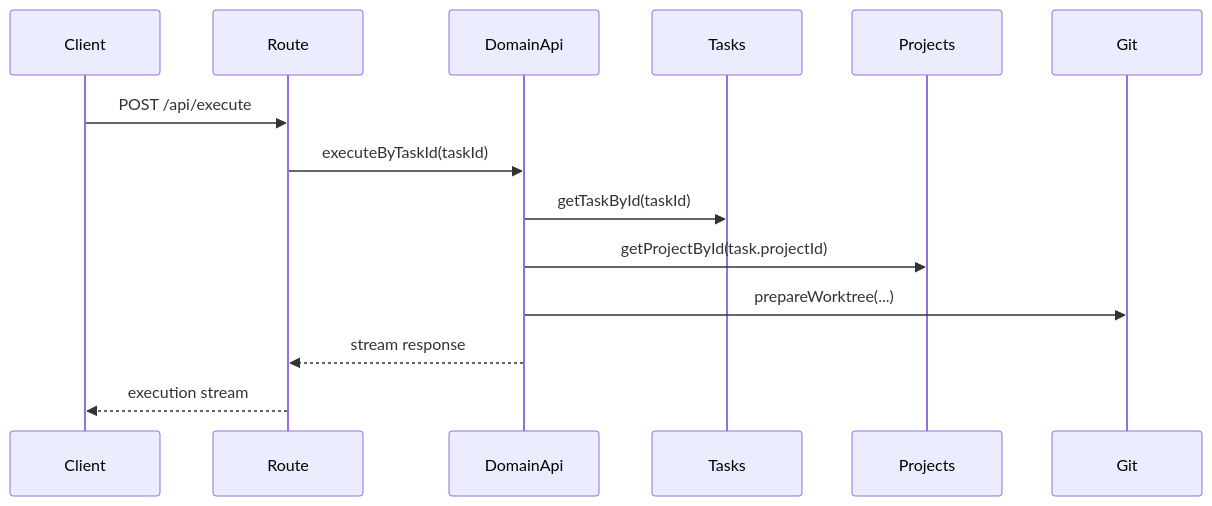
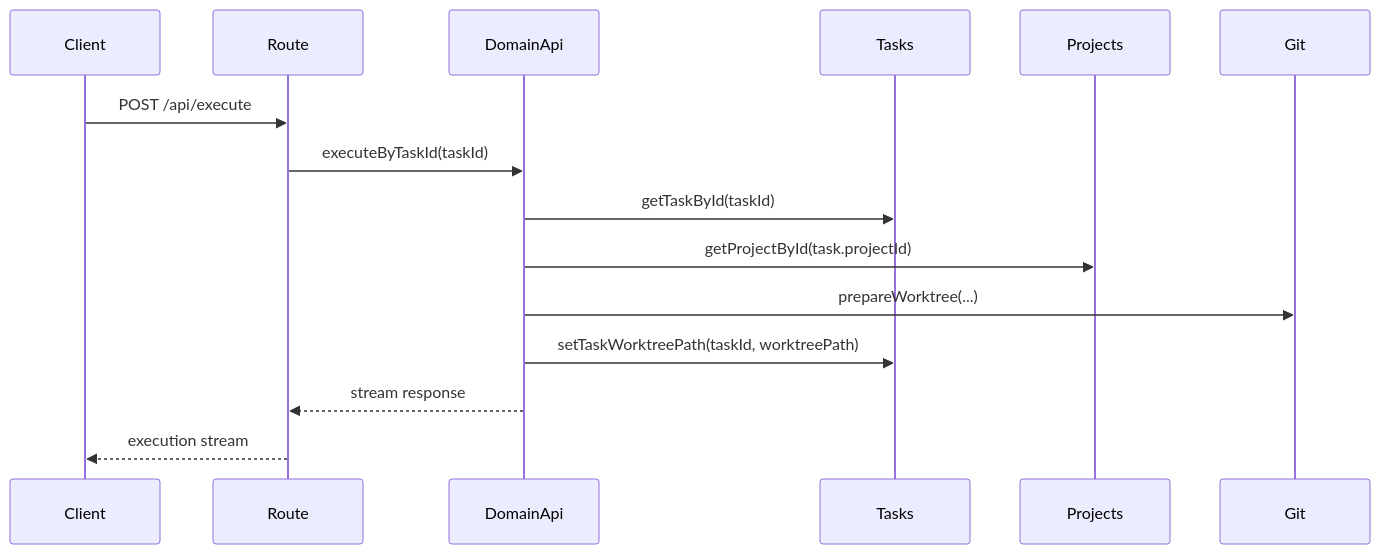
Before and after one commit to TurtleStoffel/tektite-console: the first of 5 diagrams in src/backend/domains/agents/README.md, drawn with Mermaid. The commit also changed 9 other files, not shown here.

Commit message:
Add worktree path to project tasks

````diff
--- a/src/backend/domains/agents/README.md
+++ b/src/backend/domains/agents/README.md
@@ -12,16 +12,17 @@
 ```mermaid
 sequenceDiagram
     participant Client
     participant Route
     participant DomainApi
     participant Tasks
     participant Projects
     participant Git
     Client->>Route: POST /api/execute
     Route->>DomainApi: executeByTaskId(taskId)
     DomainApi->>Tasks: getTaskById(taskId)
     DomainApi->>Projects: getProjectById(task.projectId)
     DomainApi->>Git: prepareWorktree(...)
+    DomainApi->>Tasks: setTaskWorktreePath(taskId, worktreePath)
     DomainApi-->>Route: stream response
     Route-->>Client: execution stream
 ```
````
